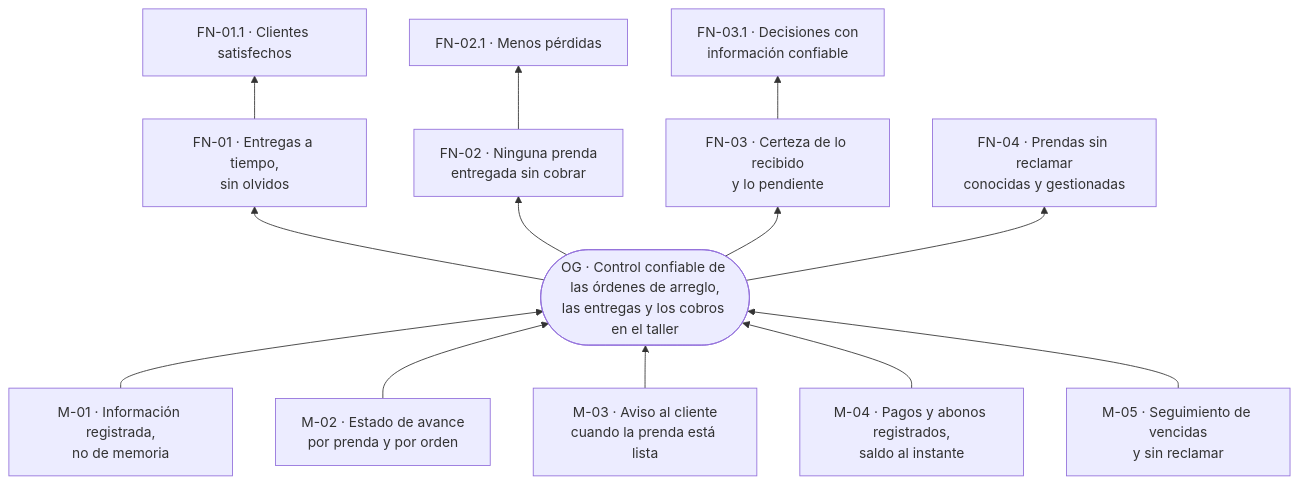
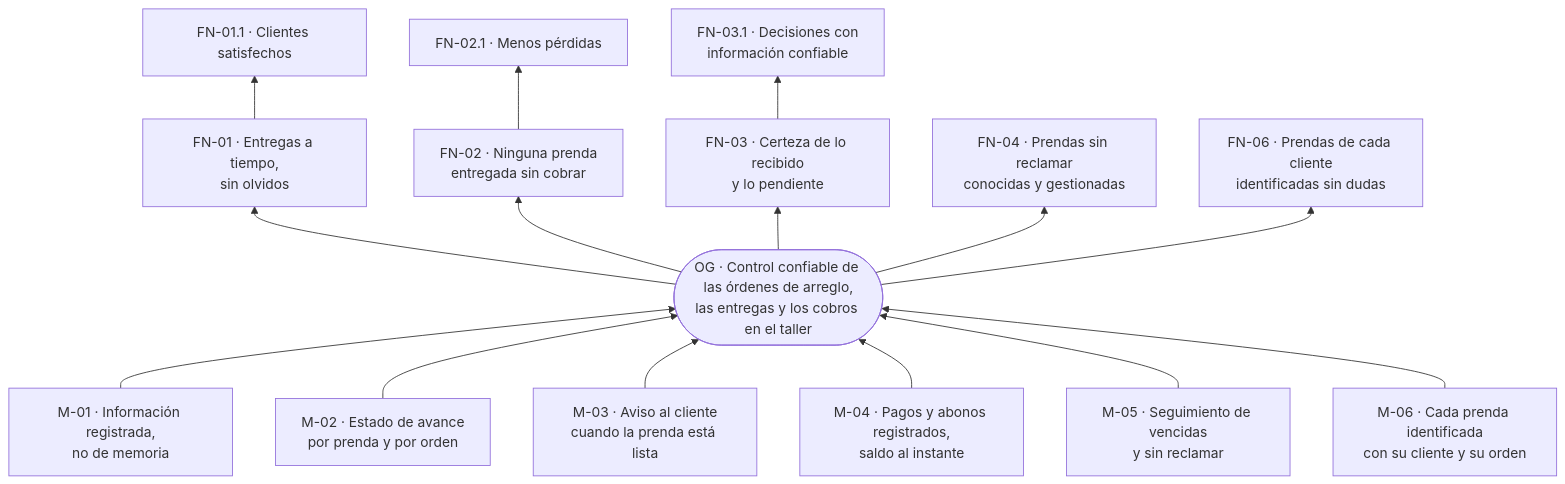
Before and after one commit to Aryannext/El-taller-ines: the diagram in docs/01-problema/arbol-de-objetivos.md, drawn with Mermaid. The commit also changed other lines of this file and 8 other files, not shown here.

````diff
--- a/docs/01-problema/arbol-de-objetivos.md
+++ b/docs/01-problema/arbol-de-objetivos.md
@@ -53,34 +56,38 @@
 ```mermaid
 flowchart BT
     M01["M-01 · Información registrada,<br/>no de memoria"]
     M02["M-02 · Estado de avance<br/>por prenda y por orden"]
     M03["M-03 · Aviso al cliente<br/>cuando la prenda está lista"]
     M04["M-04 · Pagos y abonos registrados,<br/>saldo al instante"]
     M05["M-05 · Seguimiento de vencidas<br/>y sin reclamar"]
+    M06["M-06 · Cada prenda identificada<br/>con su cliente y su orden"]
 
     OG(["OG · Control confiable de las órdenes de arreglo,<br/>las entregas y los cobros en el taller"])
 
     FN01["FN-01 · Entregas a tiempo,<br/>sin olvidos"]
     FN02["FN-02 · Ninguna prenda<br/>entregada sin cobrar"]
     FN03["FN-03 · Certeza de lo recibido<br/>y lo pendiente"]
     FN04["FN-04 · Prendas sin reclamar<br/>conocidas y gestionadas"]
+    FN06["FN-06 · Prendas de cada cliente<br/>identificadas sin dudas"]
 
     FN011["FN-01.1 · Clientes satisfechos"]
     FN021["FN-02.1 · Menos pérdidas"]
     FN031["FN-03.1 · Decisiones con<br/>información confiable"]
 
     M01 --> OG
     M02 --> OG
     M03 --> OG
     M04 --> OG
     M05 --> OG
+    M06 --> OG
 
     OG --> FN01
     OG --> FN02
     OG --> FN03
     OG --> FN04
+    OG --> FN06
 
     FN01 --> FN011
     FN02 --> FN021
     FN03 --> FN031
 ```
````
